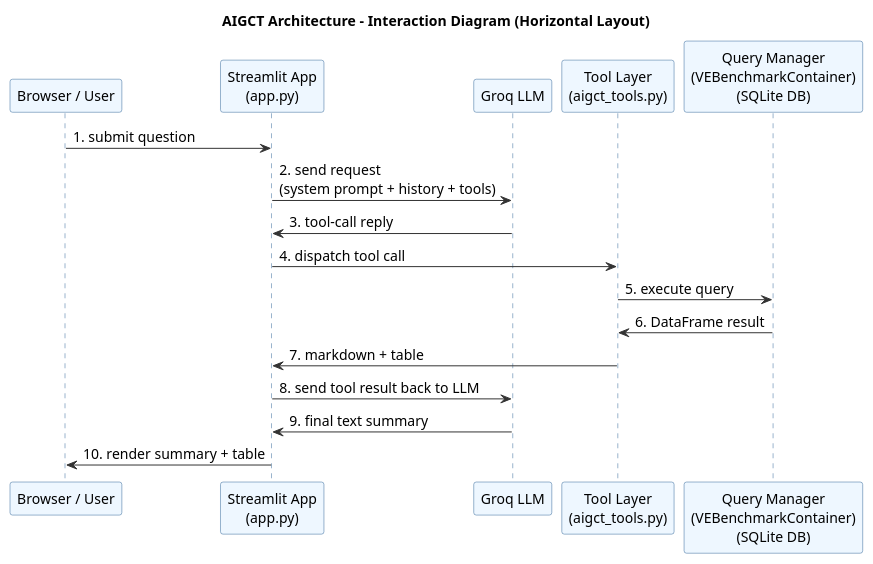
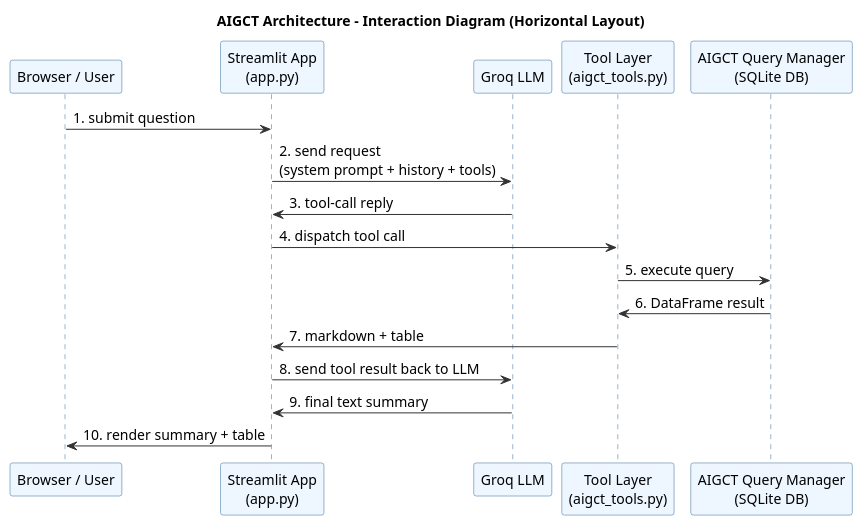
Before and after one commit to Huang-lab/AiGCTWeb: the diagram in docs/interaction_diagram.puml, drawn with PlantUML. The commit also changed 5 other files, not shown here.

```diff
--- a/docs/interaction_diagram.puml
+++ b/docs/interaction_diagram.puml
@@ -1,38 +1,38 @@
 @startuml
 title AIGCT Architecture - Interaction Diagram (Horizontal Layout)
 
 ' --- FIXES FOR LABEL VISIBILITY ---
 skinparam sequenceParticipantSpacing 90
 skinparam sequenceMessageAlignment left
 skinparam sequenceMessageFontSize 12
 
 skinparam defaultFontStyle bold
 skinparam defaultFontSize 14
 skinparam sequence {
   ParticipantBorderColor #336699
   ParticipantBackgroundColor #eef7ff
   LifeLineBorderColor #336699
   LifeLineBackgroundColor #eef7ff
   ArrowColor #333333
 }
 
 ' --- PARTICIPANTS ---
 participant "Browser / User" as Browser
 participant "Streamlit App\n(app.py)" as Streamlit
 participant "Groq LLM" as Groq
 participant "Tool Layer\n(aigct_tools.py)" as Tools
-participant "Query Manager\n(VEBenchmarkContainer)\n(SQLite DB)" as QM
+participant "AIGCT Query Manager\n(SQLite DB)" as QM
 
 ' --- INTERACTIONS ---
 Browser -> Streamlit : 1. submit question
 Streamlit -> Groq : 2. send request\n(system prompt + history + tools)
 Groq -> Streamlit : 3. tool-call reply
 Streamlit -> Tools : 4. dispatch tool call
 Tools -> QM : 5. execute query
 QM -> Tools : 6. DataFrame result
 Tools -> Streamlit : 7. markdown + table
 Streamlit -> Groq : 8. send tool result back to LLM
 Groq -> Streamlit : 9. final text summary
 Streamlit -> Browser : 10. render summary + table
 
 @enduml
```
